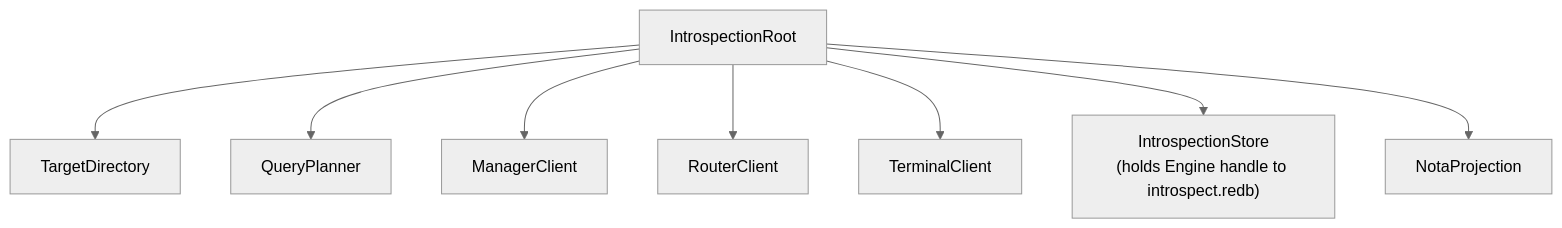
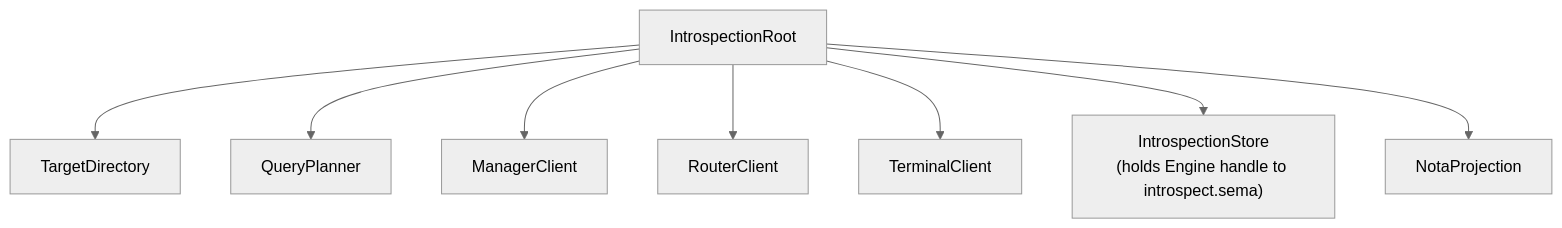
One commit to LiGoldragon/introspect changed the diagram in ARCHITECTURE.md. Above: the diagram before and after it, drawn with Mermaid (neutral theme). The commit also changed other lines of this file and 13 other files, not shown here.

````diff
--- a/ARCHITECTURE.md
+++ b/ARCHITECTURE.md
@@ -79,19 +76,19 @@
 ```mermaid
 graph TD
     root["IntrospectionRoot"]
     directory["TargetDirectory"]
     planner["QueryPlanner"]
     manager["ManagerClient"]
     router["RouterClient"]
     terminal["TerminalClient"]
-    store["IntrospectionStore<br/>(holds Engine handle to introspect.redb)"]
+    store["IntrospectionStore<br/>(holds Engine handle to introspect.sema)"]
     projection["NotaProjection"]
 
     root --> directory
     root --> planner
     root --> manager
     root --> router
     root --> terminal
     root --> store
     root --> projection
 ```
````
